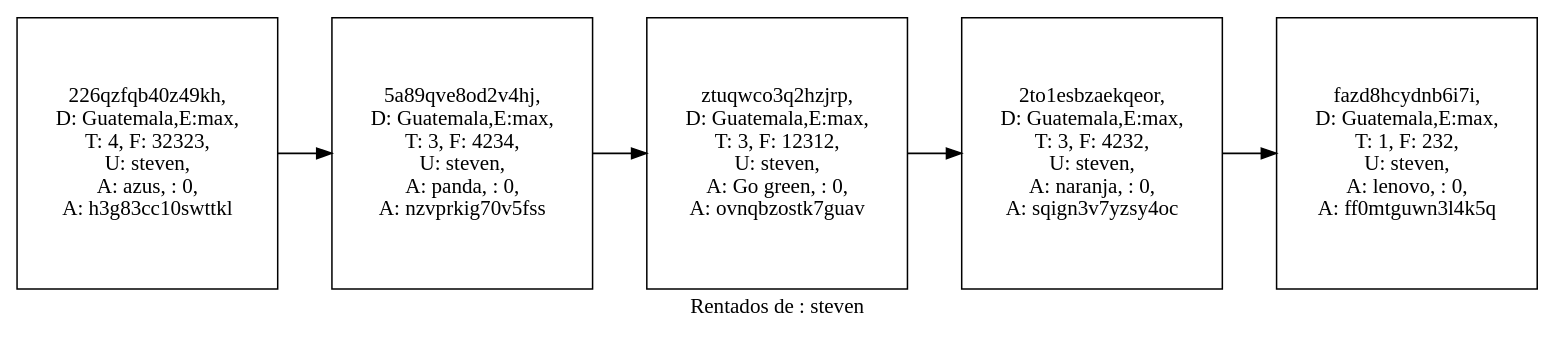
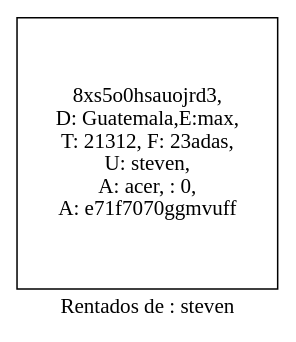
Before and after one commit to Stevensis/EDD20VJ_Proyecto1: the diagram in rentados_steven.dot, drawn with Graphviz. The commit also changed 13 other files, not shown here.

```diff
--- a/rentados_steven.dot
+++ b/rentados_steven.dot
@@ -1,20 +1,8 @@
 digraph  { 
  nodesep=.05; 
  rankdir=LR; 
  node [shape=record,width=.5,height=2.5]; 
  label="Reporte General"; 
 label=" Rentados de : steven"
-"0" [label=" 226qzfqb40z49kh,\n D: Guatemala,E:max,\n T: 4, F: 32323,\n U: steven,\n A: azus, : 0,\n A: h3g83cc10swttkl"] 
-"1" [label=" 5a89qve8od2v4hj,\n D: Guatemala,E:max,\n T: 3, F: 4234,\n U: steven,\n A: panda, : 0,\n A: nzvprkig70v5fss"] 
-"2" [label=" ztuqwco3q2hzjrp,\n D: Guatemala,E:max,\n T: 3, F: 12312,\n U: steven,\n A: Go green, : 0,\n A: ovnqbzostk7guav"] 
-"3" [label=" 2to1esbzaekqeor,\n D: Guatemala,E:max,\n T: 3, F: 4232,\n U: steven,\n A: naranja, : 0,\n A: sqign3v7yzsy4oc"] 
-"4" [label=" fazd8hcydnb6i7i,\n D: Guatemala,E:max,\n T: 1, F: 232,\n U: steven,\n A: lenovo, : 0,\n A: ff0mtguwn3l4k5q"] 
-
-"0" -> "1" 
-
-"1" -> "2" 
-
-"2" -> "3" 
-
-"3" -> "4" 
+"0" [label=" 8xs5o0hsauojrd3,\n D: Guatemala,E:max,\n T: 21312, F: 23adas,\n U: steven,\n A: acer, : 0,\n A: e71f7070ggmvuff"] 
 }
```
